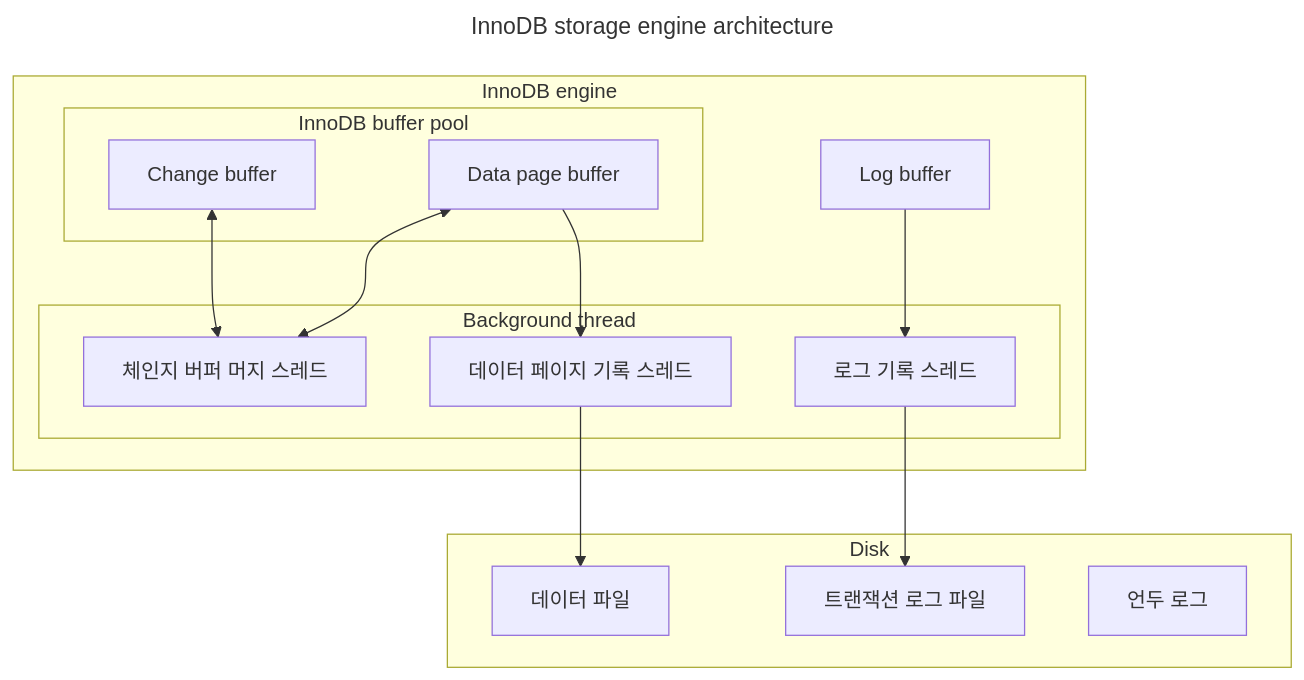
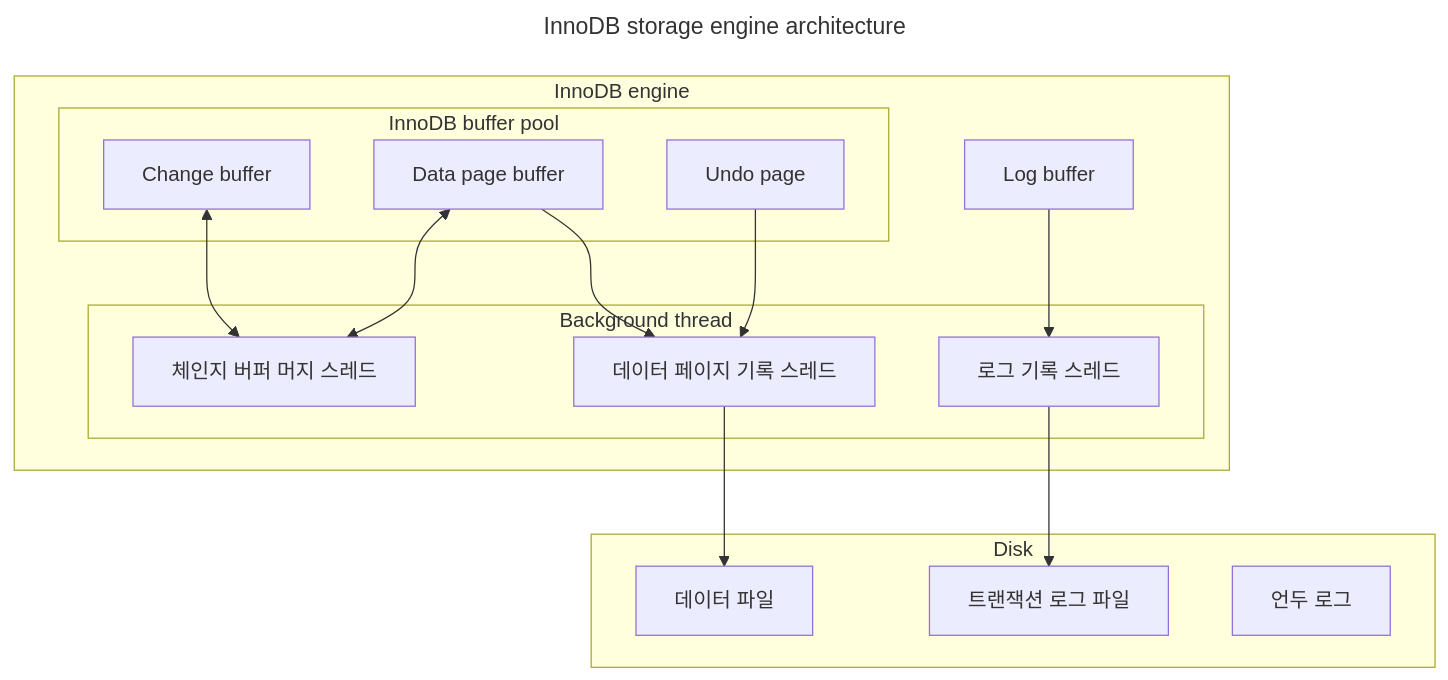
The fourth of 8 diagrams in real-mysql-8.0/chapter04/readme.md (kyungrae/study), drawn with Mermaid before and after one commit. The commit also changed other lines of this file, not shown here.

Commit message:
[MySQL] 4 MySQL architecture

````diff
--- a/real-mysql-8.0/chapter04/readme.md
+++ b/real-mysql-8.0/chapter04/readme.md
@@ -105,29 +105,31 @@
 ```mermaid
 ---
 title: InnoDB storage engine architecture
 ---
 flowchart 
   subgraph InnoDBEngine["InnoDB engine"]
     subgraph Buffer["InnoDB buffer pool"]
       data["Data page buffer"]
       change["Change buffer"]
+      undo["Undo page"]
     end
     logBuffer["Log buffer"]
     subgraph thread["Background thread"]
       merge["체인지 버퍼 머지 스레드"]
       record["데이터 페이지 기록 스레드"]
       logRecord["로그 기록 스레드"]
     end
   end
   subgraph Disk
     dataFile["데이터 파일"]
     transactionFile["트랜잭션 로그 파일"]
     undoLog["언두 로그"]
   end
   data --> record
+  undo --> record
   record --> dataFile
   change <--> merge
   data <--> merge
   logBuffer --> logRecord
   logRecord --> transactionFile
 ```
````
